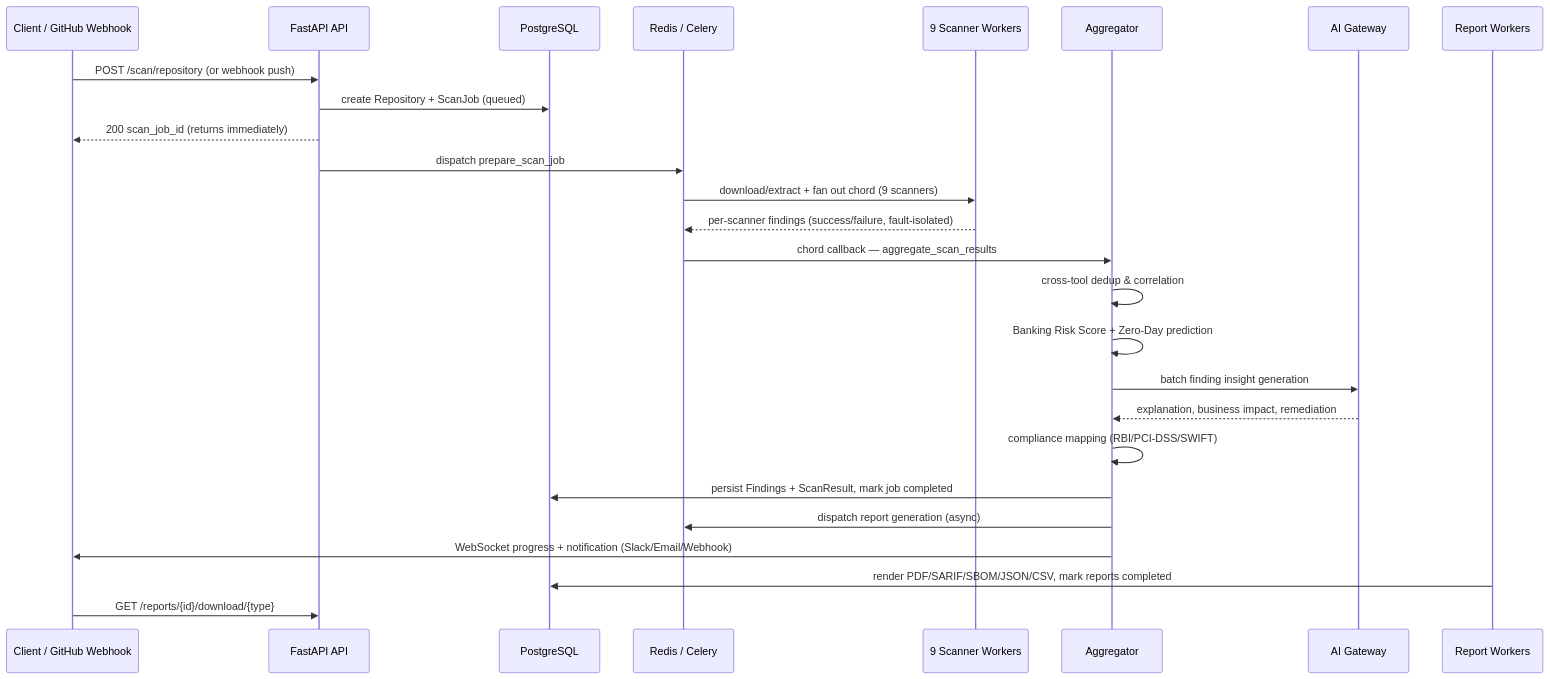
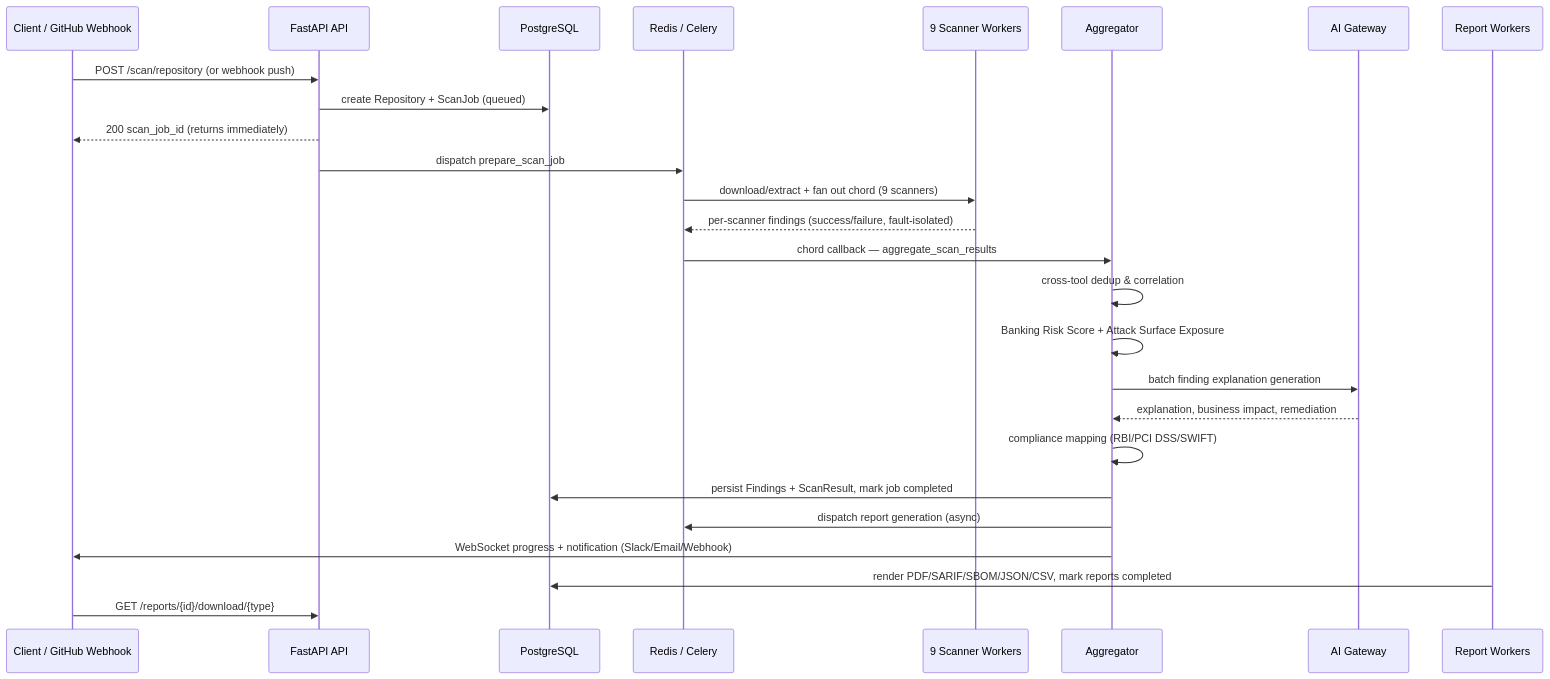
The second of 3 diagrams in README.md (TROJAN1HAMMER/KAVACH), drawn with Mermaid before and after one commit. The commit also changed other lines of this file and 350 other files, not shown here.

Commit message:
Add Flutter mobile app, RAG knowledge layer, and rename Attack Surface Exposure; repo cleanup and documentation overhaul

````diff
--- a/README.md
+++ b/README.md
@@ -156,32 +175,32 @@
 ```mermaid
 sequenceDiagram
     participant Client as Client / GitHub Webhook
     participant API as FastAPI API
     participant DB as PostgreSQL
     participant Queue as Redis / Celery
     participant Workers as 9 Scanner Workers
     participant Agg as Aggregator
     participant AI as AI Gateway
     participant Reports as Report Workers
 
     Client->>API: POST /scan/repository (or webhook push)
     API->>DB: create Repository + ScanJob (queued)
     API-->>Client: 200 scan_job_id (returns immediately)
     API->>Queue: dispatch prepare_scan_job
 
     Queue->>Workers: download/extract + fan out chord (9 scanners)
     Workers-->>Queue: per-scanner findings (success/failure, fault-isolated)
     Queue->>Agg: chord callback — aggregate_scan_results
 
     Agg->>Agg: cross-tool dedup & correlation
-    Agg->>Agg: Banking Risk Score + Zero-Day prediction
-    Agg->>AI: batch finding insight generation
+    Agg->>Agg: Banking Risk Score + Attack Surface Exposure
+    Agg->>AI: batch finding explanation generation
     AI-->>Agg: explanation, business impact, remediation
-    Agg->>Agg: compliance mapping (RBI/PCI-DSS/SWIFT)
+    Agg->>Agg: compliance mapping (RBI/PCI DSS/SWIFT)
     Agg->>DB: persist Findings + ScanResult, mark job completed
     Agg->>Queue: dispatch report generation (async)
     Agg->>Client: WebSocket progress + notification (Slack/Email/Webhook)
 
     Reports->>DB: render PDF/SARIF/SBOM/JSON/CSV, mark reports completed
     Client->>API: GET /reports/{id}/download/{type}
 ```
````
